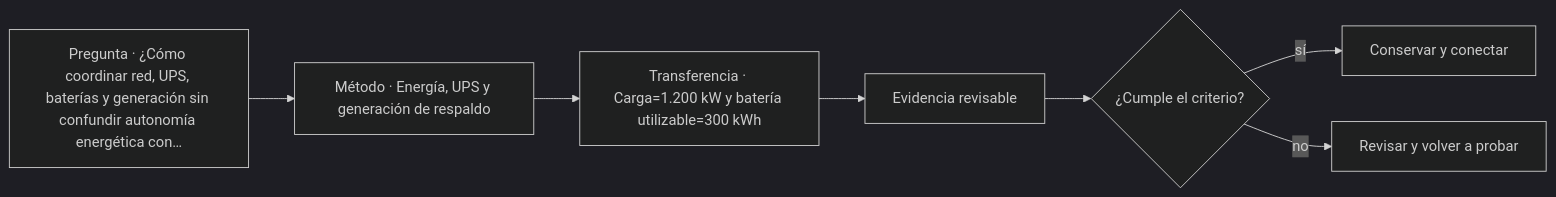
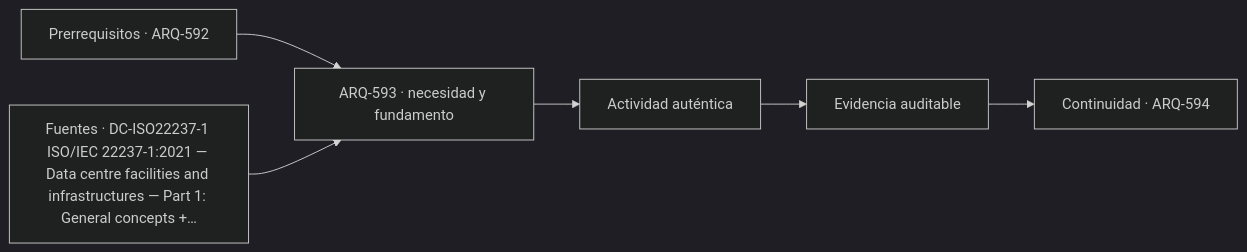
The diagram in classes/parte-60/ARQ-593.md (vladimiracunadev-create/architecture-built-environment-learning-program), drawn with Mermaid (dark theme) before and after one commit. The commit also changed other lines of this file and 761 other files, not shown here.

````diff
--- a/classes/parte-60/ARQ-593.md
+++ b/classes/parte-60/ARQ-593.md
@@ -93,9 +105,8 @@
 ```mermaid
 flowchart LR
-    Q["Pregunta · ¿Cómo coordinar red, UPS, baterías y generación sin confundir autonomía energética con…"] --> M["Método · Energía, UPS y generación de respaldo"]
-    M --> P["Transferencia · Carga=1.200 kW y batería utilizable=300 kWh"]
-    P --> E["Evidencia revisable"]
-    E --> C{"¿Cumple el criterio?"}
-    C -->|sí| T["Conservar y conectar"]
-    C -->|no| R["Revisar y volver a probar"]
+    A["Prerrequisitos · ARQ-592"] --> B["ARQ-593 · necesidad y fundamento"]
+    S["Fuentes · DC-ISO22237-1 ISO/IEC 22237-1:2021 — Data centre facilities and infrastructures — Part 1: General concepts +…"] --> B
+    B --> C["Actividad auténtica"]
+    C --> D["Evidencia auditable"]
+    D --> E["Continuidad · ARQ-594"]
 ```
````
